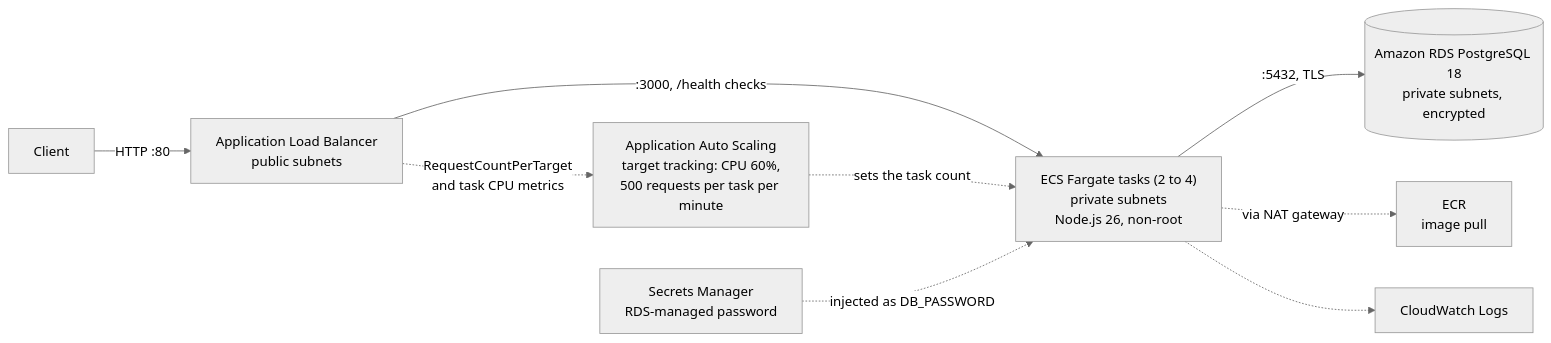
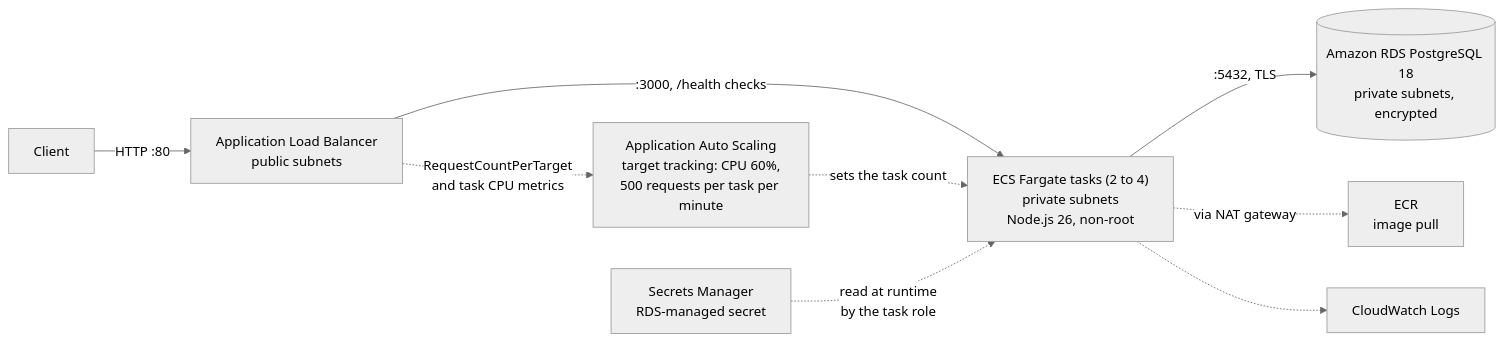
Before and after one commit to bdahiya2007/secure-containerized-microservices-app-aws: the first of 2 diagrams in README.md, drawn with Mermaid (neutral theme). The commit also changed other lines of this file and 15 other files, not shown here.

First line of the commit message:
Read the database credentials from Secrets Manager at runtime

````diff
--- a/README.md
+++ b/README.md
@@ -19,11 +19,11 @@
 ```mermaid
 flowchart LR
   C["Client"] -->|"HTTP :80"| ALB["Application Load Balancer<br/>public subnets"]
   ALB -->|":3000, /health checks"| T["ECS Fargate tasks (2 to 4)<br/>private subnets<br/>Node.js 26, non-root"]
   AS["Application Auto Scaling<br/>target tracking: CPU 60%,<br/>500 requests per task per minute"] -.->|"sets the task count"| T
   ALB -.->|"RequestCountPerTarget<br/>and task CPU metrics"| AS
   T -->|":5432, TLS"| DB[("Amazon RDS PostgreSQL 18<br/>private subnets, encrypted")]
-  SM["Secrets Manager<br/>RDS-managed password"] -.->|"injected as DB_PASSWORD"| T
+  SM["Secrets Manager<br/>RDS-managed secret"] -.->|"read at runtime<br/>by the task role"| T
   T -.->|"via NAT gateway"| ECR["ECR<br/>image pull"]
   T -.-> CW["CloudWatch Logs"]
 ```
````
